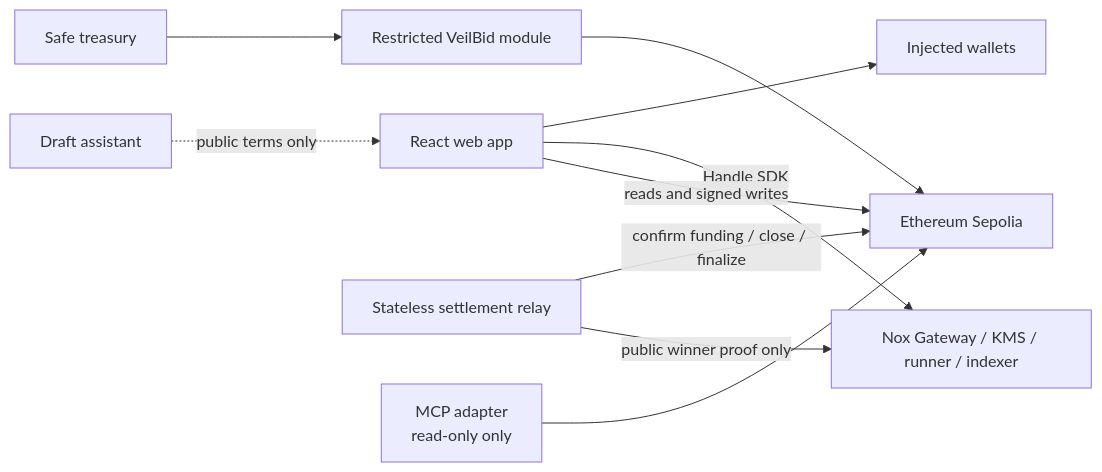
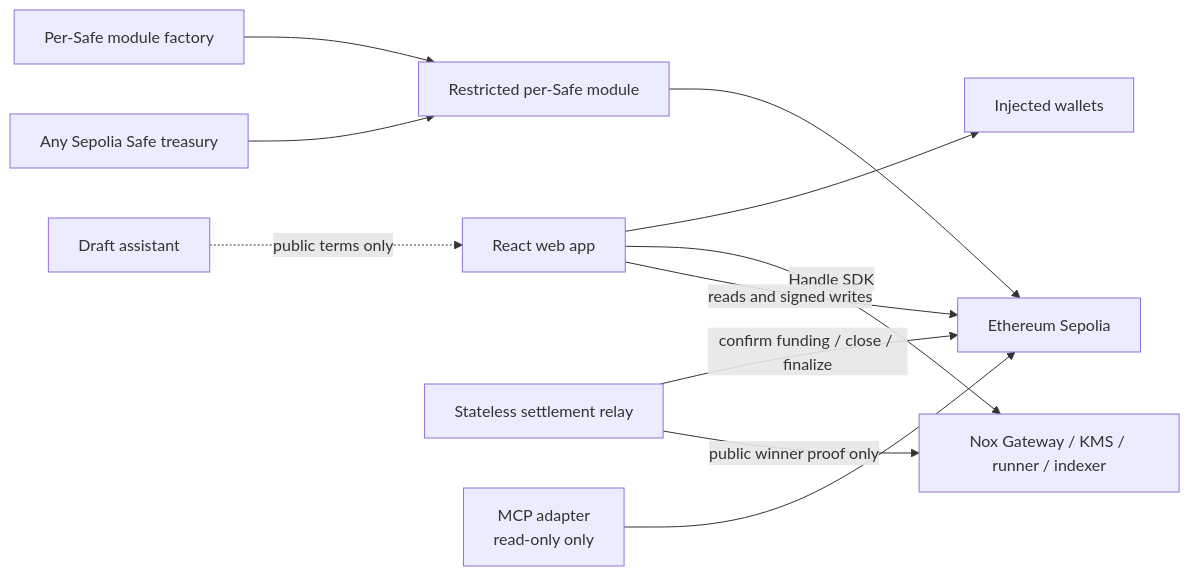
Before and after one commit to huutrungle2001/Veilbid: the first of 2 diagrams in docs/architecture.md, drawn with Mermaid. The commit also changed other lines of this file and 32 other files, not shown here.

````diff
--- a/docs/architecture.md
+++ b/docs/architecture.md
@@ -20,16 +20,17 @@
 ```mermaid
 flowchart LR
     Web["React web app"] --> Wallet["Injected wallets"]
     Web -->|Handle SDK| NoxServices["Nox Gateway / KMS / runner / indexer"]
     Web -->|reads and signed writes| Chain["Ethereum Sepolia"]
 
-    Safe["Safe treasury"] --> Module["Restricted VeilBid module"]
+    Factory["Per-Safe module factory"] --> Module["Restricted per-Safe module"]
+    Safe["Any Sepolia Safe treasury"] --> Module
     Module --> Chain
 
     Finalizer["Stateless settlement relay"] -->|confirm funding / close / finalize| Chain
     Finalizer -->|public winner proof only| NoxServices
 
     MCP["MCP adapter<br/>read-only only"] --> Chain
 
     Agent["Draft assistant"] -.->|public terms only| Web
 ```
````
